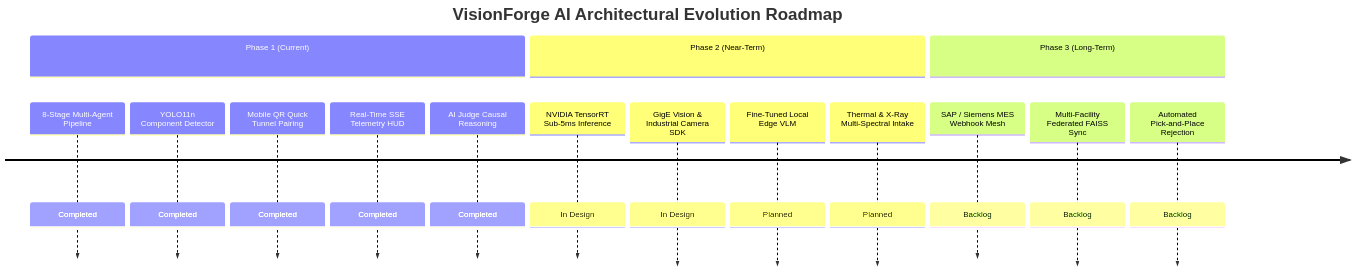
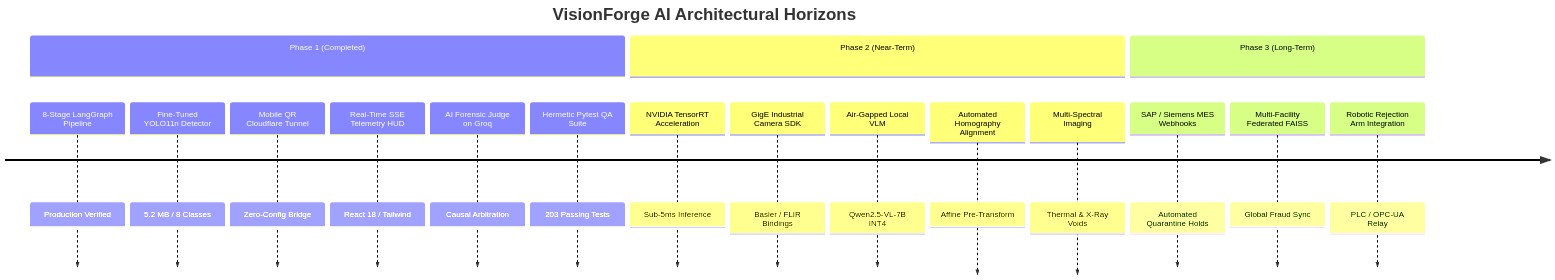
The first of 3 diagrams in docs/ROADMAP.md (Disha-1610/VisionForge), drawn with Mermaid before and after one commit. The commit also changed other lines of this file and 12 other files, not shown here.

Commit message:
docs: upgrade full documentation suite with technical depth, story arcs, engineering decisions, and Mermaid diagrams

````diff
--- a/docs/ROADMAP.md
+++ b/docs/ROADMAP.md
@@ -22,19 +26,21 @@
 ```mermaid
 timeline
-    title VisionForge AI Architectural Evolution Roadmap
-    section Phase 1 (Current)
-        8-Stage Multi-Agent Pipeline : Completed
-        YOLO11n Component Detector : Completed
-        Mobile QR Quick Tunnel Pairing : Completed
-        Real-Time SSE Telemetry HUD : Completed
-        AI Judge Causal Reasoning : Completed
+    title VisionForge AI Architectural Horizons
+    section Phase 1 (Completed)
+        8-Stage LangGraph Pipeline : Production Verified
+        Fine-Tuned YOLO11n Detector : 5.2 MB / 8 Classes
+        Mobile QR Cloudflare Tunnel : Zero-Config Bridge
+        Real-Time SSE Telemetry HUD : React 18 / Tailwind
+        AI Forensic Judge on Groq : Causal Arbitration
+        Hermetic Pytest QA Suite : 203 Passing Tests
     section Phase 2 (Near-Term)
-        NVIDIA TensorRT Sub-5ms Inference : In Design
-        GigE Vision & Industrial Camera SDK : In Design
-        Fine-Tuned Local Edge VLM : Planned
-        Thermal & X-Ray Multi-Spectral Intake : Planned
+        NVIDIA TensorRT Acceleration : Sub-5ms Inference
+        GigE Industrial Camera SDK : Basler / FLIR Bindings
+        Air-Gapped Local VLM : Qwen2.5-VL-7B INT4
+        Automated Homography Alignment : Affine Pre-Transform
+        Multi-Spectral Imaging : Thermal & X-Ray Voids
     section Phase 3 (Long-Term)
-        SAP / Siemens MES Webhook Mesh : Backlog
-        Multi-Facility Federated FAISS Sync : Backlog
-        Automated Pick-and-Place Rejection : Backlog
+        SAP / Siemens MES Webhooks : Automated Quarantine Holds
+        Multi-Facility Federated FAISS : Global Fraud Sync
+        Robotic Rejection Arm Integration : PLC / OPC-UA Relay
 ```
````
